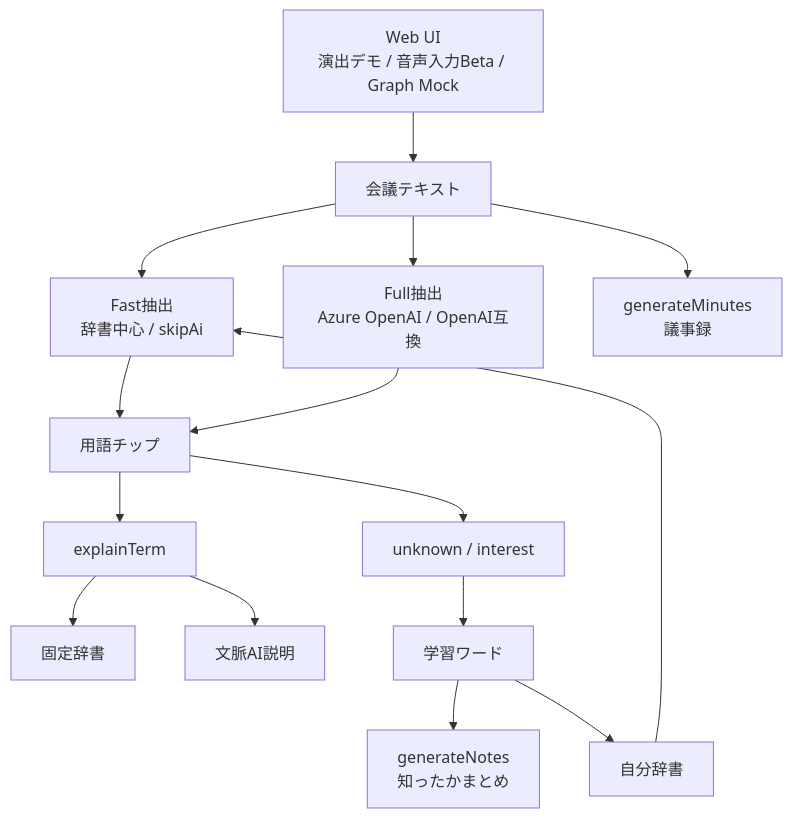
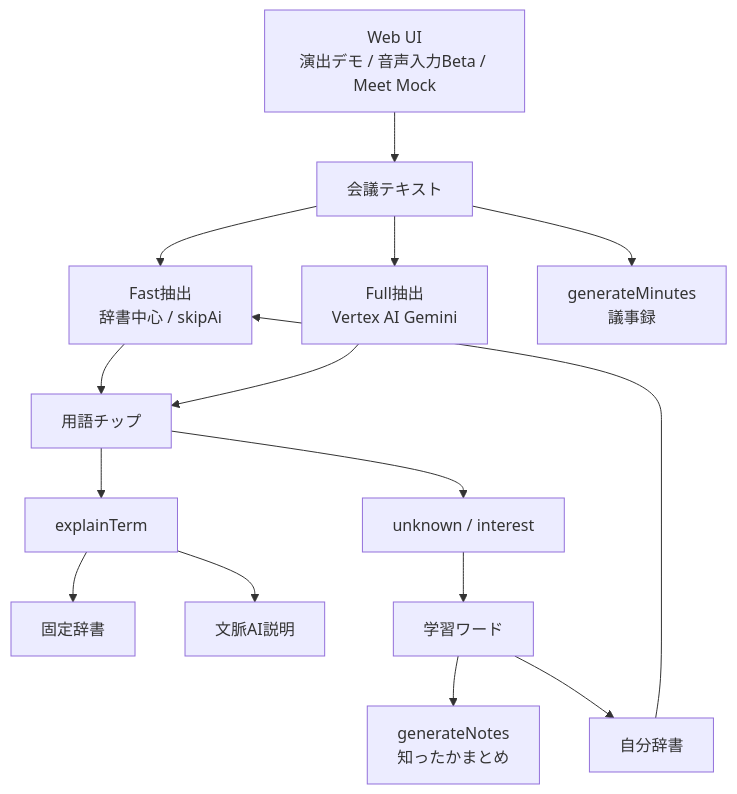
One commit to HiranoHiroaki/meeting-whisperer changed the first of 2 diagrams in doc/zenn/zenn_document.md. Above: the diagram before and after it, drawn with Mermaid. The commit also changed other lines of this file and 15 other files, not shown here.

First line of the commit message:
Replace Azure Speech/Graph with Google services: STT relay + Meet mock route

````diff
--- a/doc/zenn/zenn_document.md
+++ b/doc/zenn/zenn_document.md
@@ -264,17 +270,17 @@
 ```mermaid
 flowchart TD
-  A["Web UI<br/>演出デモ / 音声入力Beta / Graph Mock"] --> B["会議テキスト"]
+  A["Web UI<br/>演出デモ / 音声入力Beta / Meet Mock"] --> B["会議テキスト"]
   B --> C["Fast抽出<br/>辞書中心 / skipAi"]
-  B --> D["Full抽出<br/>Azure OpenAI / OpenAI互換"]
+  B --> D["Full抽出<br/>Vertex AI Gemini"]
   C --> E["用語チップ"]
   D --> E
   E --> F["explainTerm"]
   F --> G["固定辞書"]
   F --> H["文脈AI説明"]
   E --> I["unknown / interest"]
   I --> J["学習ワード"]
   J --> K["generateNotes<br/>知ったかまとめ"]
   B --> L["generateMinutes<br/>議事録"]
   J --> M["自分辞書"]
   M --> C
 ```
````
